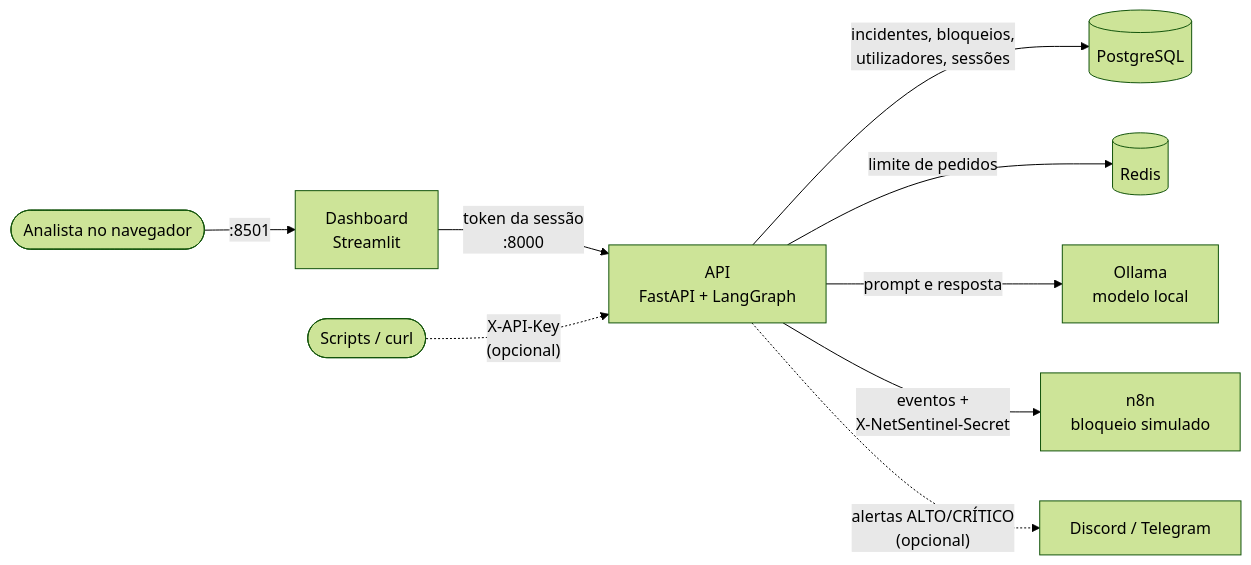
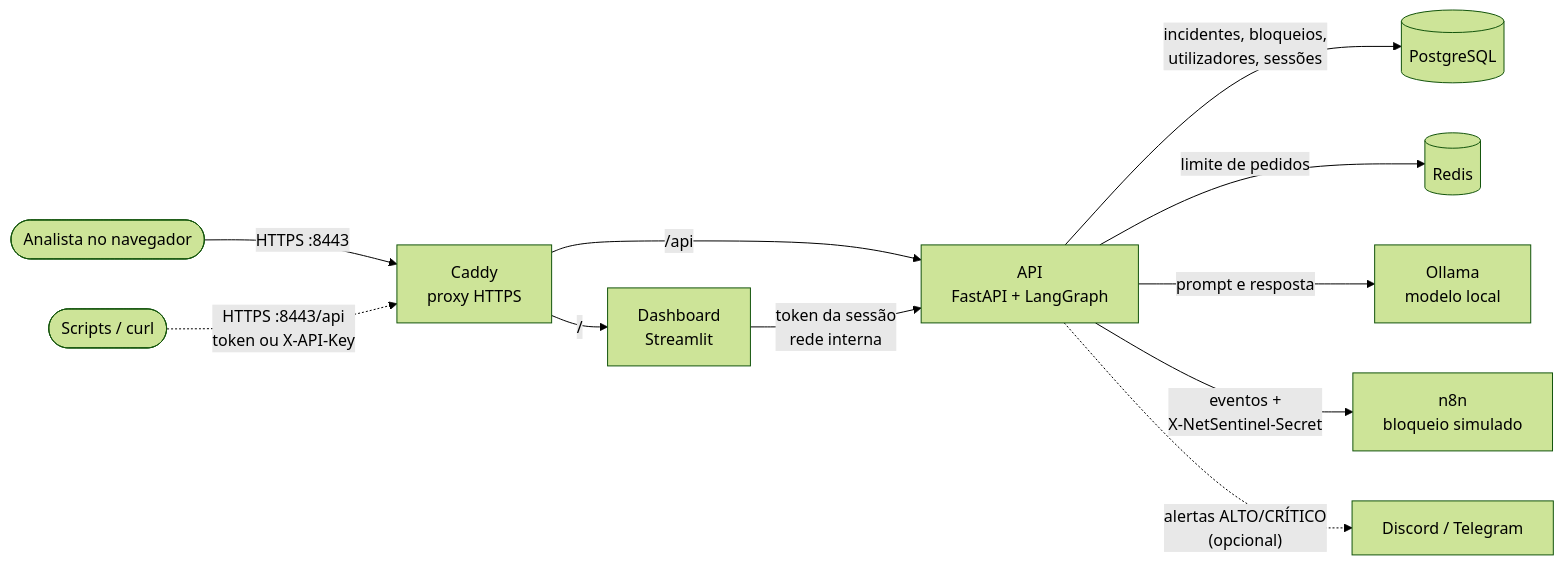
One commit to Peroba-7/netsentinel changed the diagram in README.md. Above: the diagram before and after it, drawn with Mermaid (forest theme). The commit also changed other lines of this file and 4 other files, not shown here.

Commit message:
feat: HTTPS local com proxy reverso Caddy

````diff
--- a/README.md
+++ b/README.md
@@ -58,11 +59,13 @@
 ```mermaid
 flowchart LR
-    user(["Analista no navegador"]) -->|":8501"| dash["Dashboard<br/>Streamlit"]
-    dash -->|"token da sessão<br/>:8000"| api["API<br/>FastAPI + LangGraph"]
-    script(["Scripts / curl"]) -.->|"X-API-Key<br/>(opcional)"| api
+    user(["Analista no navegador"]) -->|"HTTPS :8443"| caddy["Caddy<br/>proxy HTTPS"]
+    script(["Scripts / curl"]) -.->|"HTTPS :8443/api<br/>token ou X-API-Key"| caddy
+    caddy -->|"/"| dash["Dashboard<br/>Streamlit"]
+    caddy -->|"/api"| api["API<br/>FastAPI + LangGraph"]
+    dash -->|"token da sessão<br/>rede interna"| api
     api -->|"incidentes, bloqueios,<br/>utilizadores, sessões"| pg[("PostgreSQL")]
     api -->|"limite de pedidos"| redis[("Redis")]
     api -->|"prompt e resposta"| ollama["Ollama<br/>modelo local"]
     api -->|"eventos +<br/>X-NetSentinel-Secret"| n8n["n8n<br/>bloqueio simulado"]
     api -.->|"alertas ALTO/CRÍTICO<br/>(opcional)"| chat["Discord / Telegram"]
 ```
````
